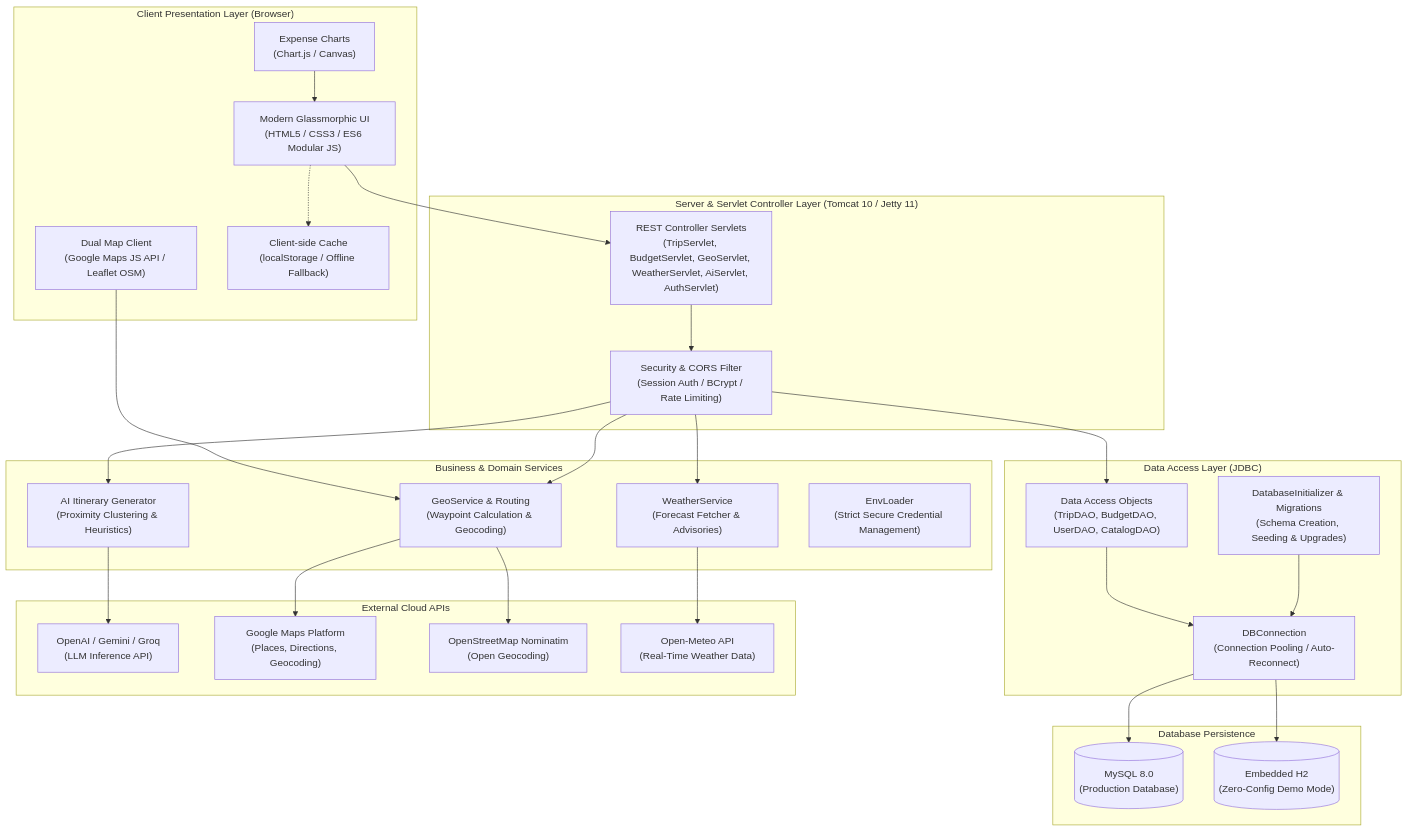
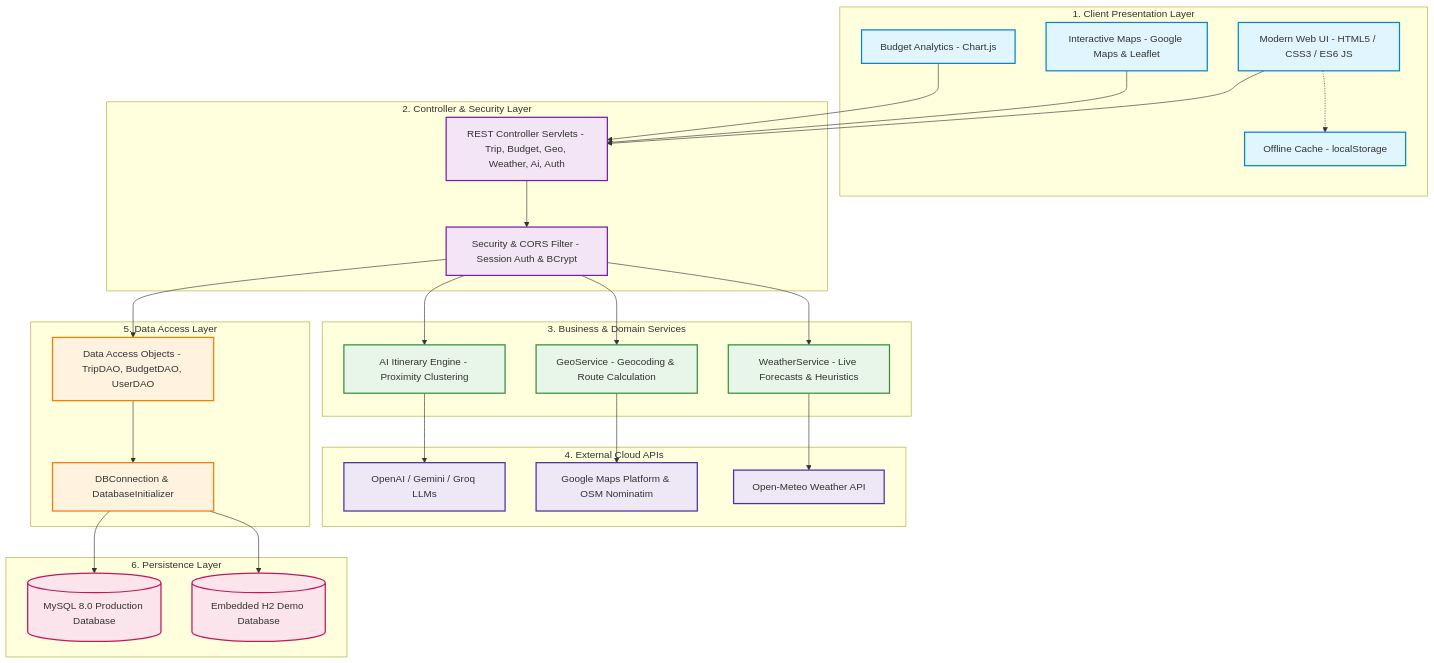
Before and after one commit to purnaganesh2007-prog/Travel__Mate: the diagram in README.md, drawn with Mermaid. The commit also changed other lines of this file, not shown here.

Commit message:
docs(architecture): add ASCII flowchart and fix GitHub Mermaid syntax for system architecture

````diff
--- a/README.md
+++ b/README.md
@@ -100,60 +173,62 @@
 ```mermaid
-flowchart TD
-    subgraph Client ["Client Presentation Layer (Browser)"]
-        UI["Modern Glassmorphic UI<br/>(HTML5 / CSS3 / ES6 Modular JS)"]
-        MapClient["Dual Map Client<br/>(Google Maps JS API / Leaflet OSM)"]
-        Analytics["Expense Charts<br/>(Chart.js / Canvas)"]
-        OfflineStore["Client-side Cache<br/>(localStorage / Offline Fallback)"]
+graph TD
+    classDef client fill:#e1f5fe,stroke:#0288d1,stroke-width:2px;
+    classDef server fill:#f3e5f5,stroke:#7b1fa2,stroke-width:2px;
+    classDef service fill:#e8f5e9,stroke:#388e3c,stroke-width:2px;
+    classDef data fill:#fff3e0,stroke:#f57c00,stroke-width:2px;
+    classDef cloud fill:#ede7f6,stroke:#512da8,stroke-width:2px;
+    classDef db fill:#fce4ec,stroke:#c2185b,stroke-width:2px;
+
+    subgraph ClientLayer [1. Client Presentation Layer]
+        UI[Modern Web UI - HTML5 / CSS3 / ES6 JS]:::client
+        MapUI[Interactive Maps - Google Maps & Leaflet]:::client
+        ChartUI[Budget Analytics - Chart.js]:::client
+        LocalCache[Offline Cache - localStorage]:::client
     end
 
-    subgraph Server ["Server & Servlet Controller Layer (Tomcat 10 / Jetty 11)"]
-        Router["REST Controller Servlets<br/>(TripServlet, BudgetServlet, GeoServlet, WeatherServlet, AiServlet, AuthServlet)"]
-        SecurityFilter["Security & CORS Filter<br/>(Session Auth / BCrypt / Rate Limiting)"]
+    subgraph ServerLayer [2. Controller & Security Layer]
+        Servlets[REST Controller Servlets - Trip, Budget, Geo, Weather, Ai, Auth]:::server
+        Security[Security & CORS Filter - Session Auth & BCrypt]:::server
     end
 
-    subgraph Service ["Business & Domain Services"]
-        AiEngine["AI Itinerary Generator<br/>(Proximity Clustering & Heuristics)"]
-        GeoSvc["GeoService & Routing<br/>(Waypoint Calculation & Geocoding)"]
-        WeatherSvc["WeatherService<br/>(Forecast Fetcher & Advisories)"]
-        ConfigSvc["EnvLoader<br/>(Strict Secure Credential Management)"]
+    subgraph ServiceLayer [3. Business & Domain Services]
+        AiEngine[AI Itinerary Engine - Proximity Clustering]:::service
+        GeoSvc[GeoService - Geocoding & Route Calculation]:::service
+        WeatherSvc[WeatherService - Live Forecasts & Heuristics]:::service
     end
 
-    subgraph Data ["Data Access Layer (JDBC)"]
-        DAOs["Data Access Objects<br/>(TripDAO, BudgetDAO, UserDAO, CatalogDAO)"]
-        DBInit["DatabaseInitializer & Migrations<br/>(Schema Creation, Seeding & Upgrades)"]
-        ConnPool["DBConnection<br/>(Connection Pooling / Auto-Reconnect)"]
+    subgraph CloudAPIs [4. External Cloud APIs]
+        LLMAPI[OpenAI / Gemini / Groq LLMs]:::cloud
+        MapsAPI[Google Maps Platform & OSM Nominatim]:::cloud
+        WeatherAPI[Open-Meteo Weather API]:::cloud
     end
 
-    subgraph Storage ["Database Persistence"]
-        MySQL[("MySQL 8.0<br/>(Production Database)")]
-        H2[("Embedded H2<br/>(Zero-Config Demo Mode)")]
+    subgraph DataLayer [5. Data Access Layer]
+        DAOs[Data Access Objects - TripDAO, BudgetDAO, UserDAO]:::data
+        DBPool[DBConnection & DatabaseInitializer]:::data
     end
 
-    subgraph Cloud ["External Cloud APIs"]
-        LLM["OpenAI / Gemini / Groq<br/>(LLM Inference API)"]
-        GMaps["Google Maps Platform<br/>(Places, Directions, Geocoding)"]
-        OSM["OpenStreetMap Nominatim<br/>(Open Geocoding)"]
-        OpenMeteo["Open-Meteo API<br/>(Real-Time Weather Data)"]
+    subgraph StorageLayer [6. Persistence Layer]
+        MySQL[(MySQL 8.0 Production Database)]:::db
+        H2[(Embedded H2 Demo Database)]:::db
     end
 
-    UI --> Router
-    MapClient --> GeoSvc
-    Analytics --> UI
-    UI -.-> OfflineStore
+    UI --> Servlets
+    MapUI --> Servlets
+    ChartUI --> Servlets
+    UI -.-> LocalCache
 
-    Router --> SecurityFilter
-    SecurityFilter --> AiEngine
-    SecurityFilter --> GeoSvc
-    SecurityFilter --> WeatherSvc
-    SecurityFilter --> DAOs
+    Servlets --> Security
+    Security --> AiEngine
+    Security --> GeoSvc
+    Security --> WeatherSvc
+    Security --> DAOs
 
-    AiEngine --> LLM
-    GeoSvc --> GMaps
-    GeoSvc --> OSM
-    WeatherSvc --> OpenMeteo
+    AiEngine --> LLMAPI
+    GeoSvc --> MapsAPI
+    WeatherSvc --> WeatherAPI
 
-    DAOs --> ConnPool
-    DBInit --> ConnPool
-    ConnPool --> MySQL
-    ConnPool --> H2
+    DAOs --> DBPool
+    DBPool --> MySQL
+    DBPool --> H2
 ```
````
